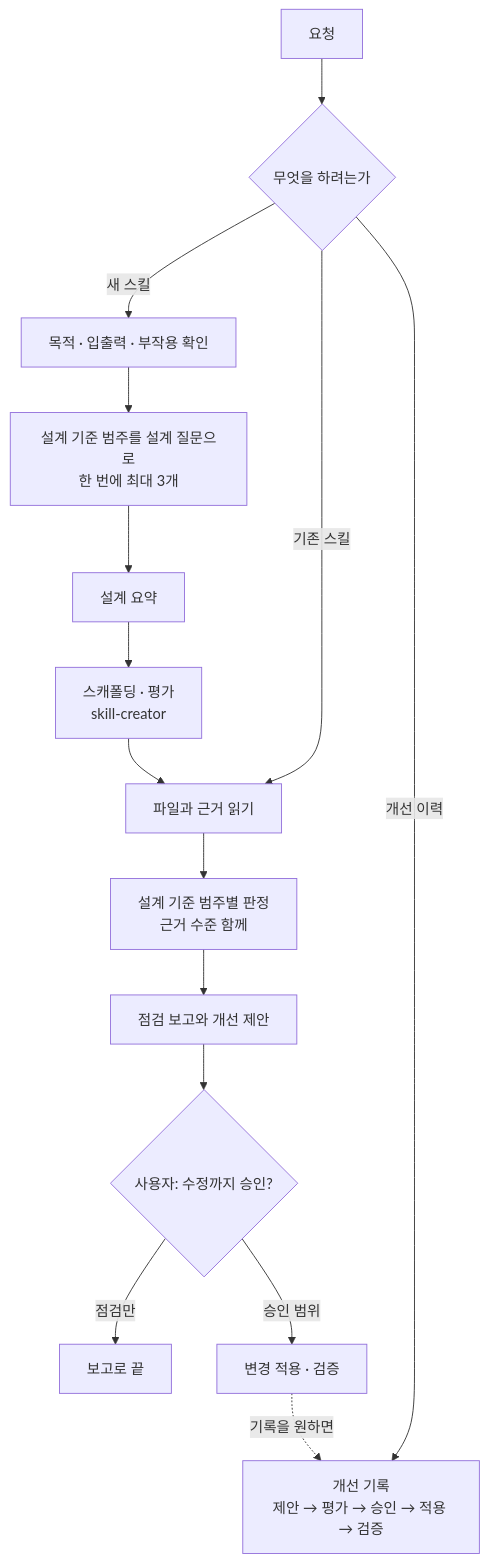
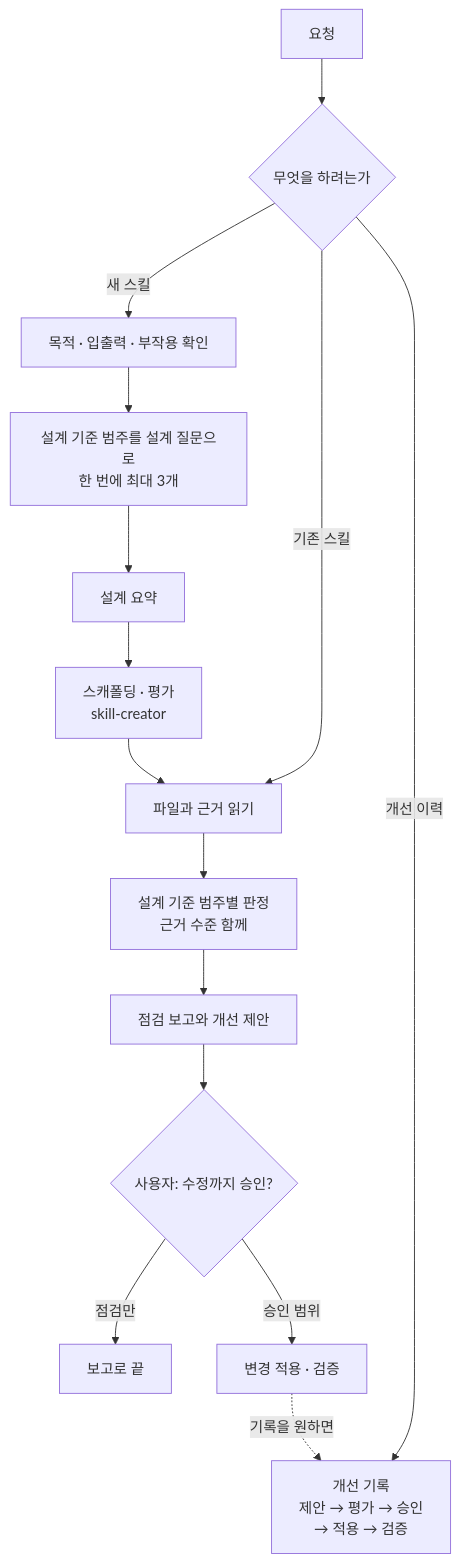
One commit to seo0tak/agent-skills changed the diagram in skills/skill-architect/README.md. Above: the diagram before and after it, drawn with Mermaid. The commit also changed 28 other files, not shown here.

First line of the commit message:
docs: 시인성 재점검 — Mermaid 라벨 줄바꿈, 긴 명령 줄, USAGE 좁은 화면

````diff
--- a/skills/skill-architect/README.md
+++ b/skills/skill-architect/README.md
@@ -13,17 +13,17 @@
 ```mermaid
 flowchart TD
   req["요청"] --> kind{"무엇을 하려는가"}
   kind -- "새 스킬" --> d1["목적 · 입출력 · 부작용 확인"]
   d1 --> d2["설계 기준 범주를 설계 질문으로<br/>한 번에 최대 3개"]
   d2 --> d3["설계 요약"]
   d3 --> d4["스캐폴딩 · 평가<br/>skill-creator"]
   d4 --> c1
   kind -- "기존 스킬" --> c1["파일과 근거 읽기"]
   c1 --> c2["설계 기준 범주별 판정<br/>근거 수준 함께"]
   c2 --> c3["점검 보고와 개선 제안"]
   c3 --> c4{"사용자: 수정까지 승인?"}
   c4 -- "점검만" --> done["보고로 끝"]
   c4 -- "승인 범위" --> c5["변경 적용 · 검증"]
-  kind -- "개선 이력" --> t1["개선 기록<br/>제안 → 평가 → 승인 → 적용 → 검증"]
+  kind -- "개선 이력" --> t1["개선 기록<br/>제안 → 평가 → 승인<br/>→ 적용 → 검증"]
   c5 -. "기록을 원하면" .-> t1
 ```
````
